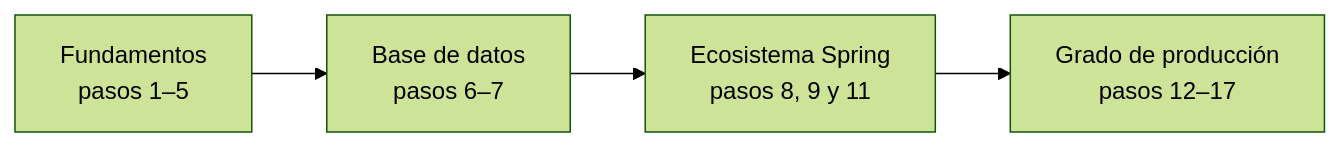
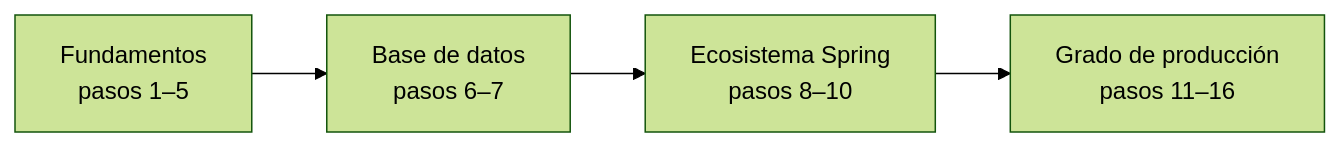
Before and after one commit to NICORUIZ93/The_Imperial_Book: the first of 2 diagrams in web/public/content/java/modulo-0.md, drawn with Mermaid (forest theme). The commit also changed other lines of this file and 125 other files, not shown here.

````diff
--- a/web/public/content/java/modulo-0.md
+++ b/web/public/content/java/modulo-0.md
@@ -34,6 +34,6 @@
 ```mermaid
 flowchart LR
     F["Fundamentos<br/>pasos 1–5"] --> B["Base de datos<br/>pasos 6–7"]
-    B --> S["Ecosistema Spring<br/>pasos 8, 9 y 11"]
-    S --> P["Grado de producción<br/>pasos 12–17"]
+    B --> S["Ecosistema Spring<br/>pasos 8–10"]
+    S --> P["Grado de producción<br/>pasos 11–16"]
 ```
````
